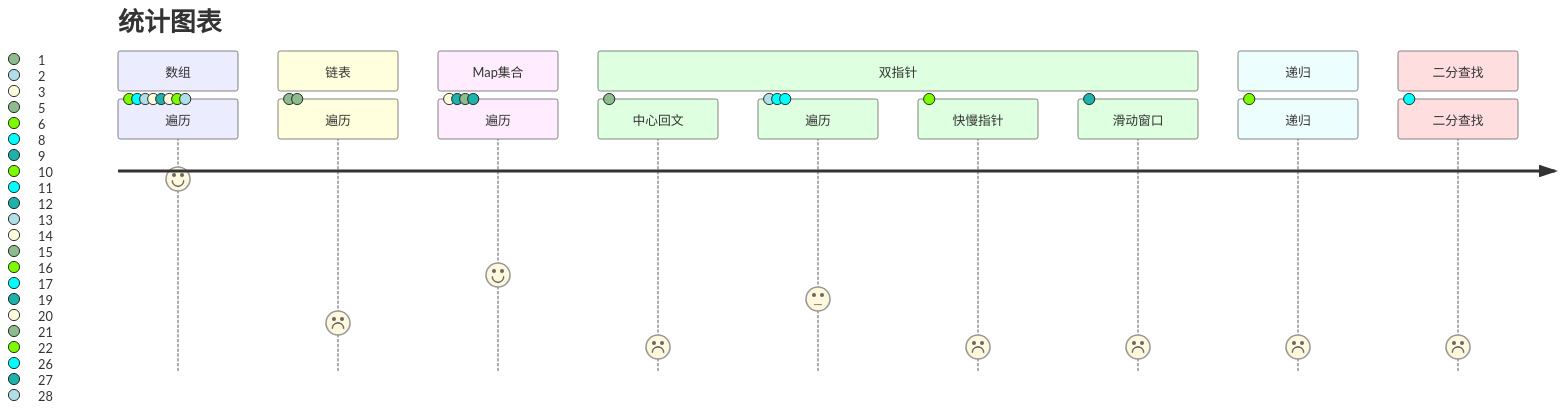
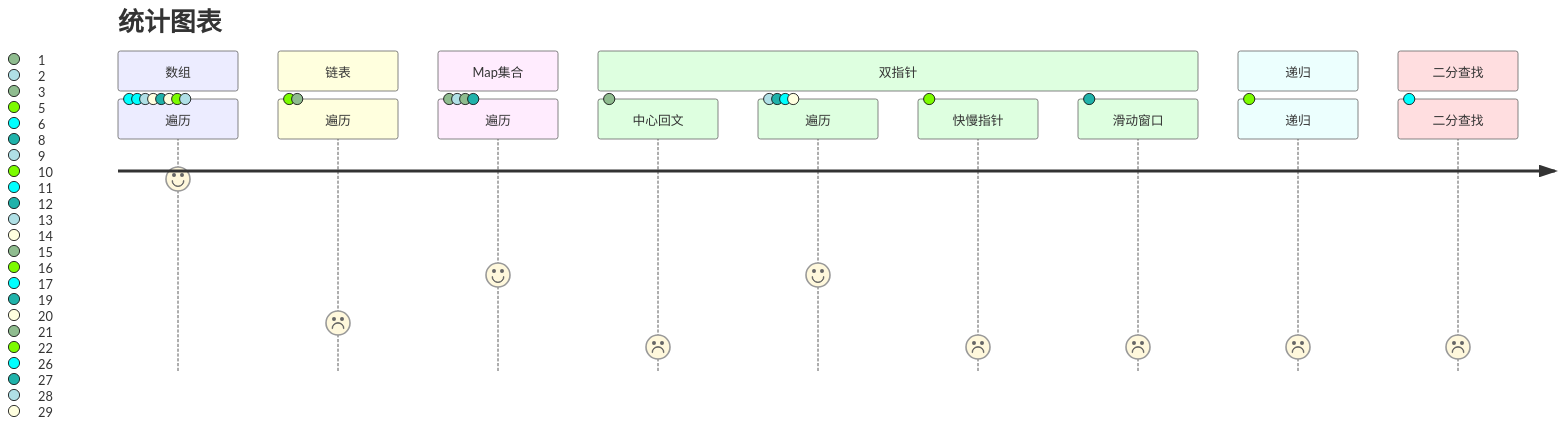
The diagram in 算法/频度算法.md (BocaiheDabaicai/algorithm-problem), drawn with Mermaid before and after one commit. The commit also changed other lines of this file, not shown here.

````diff
--- a/算法/频度算法.md
+++ b/算法/频度算法.md
@@ -91,19 +95,19 @@
 ```mermaid
 journey
     title 统计图表
     section 数组
       遍历: 8: 6,11,13,14,19,20,22,28
     section 链表
       遍历: 2: 5,15
     section Map集合
       遍历: 4: 3,9,21,27
     section 双指针
       中心回文: 1: 1
-      遍历: 3: 2,8,17
+      遍历: 4: 2,8,17,29
       快慢指针: 1: 10
       滑动窗口: 1: 12
     section 递归
       递归:1:16
     section 二分查找
       二分查找:1:26
 ```
````
